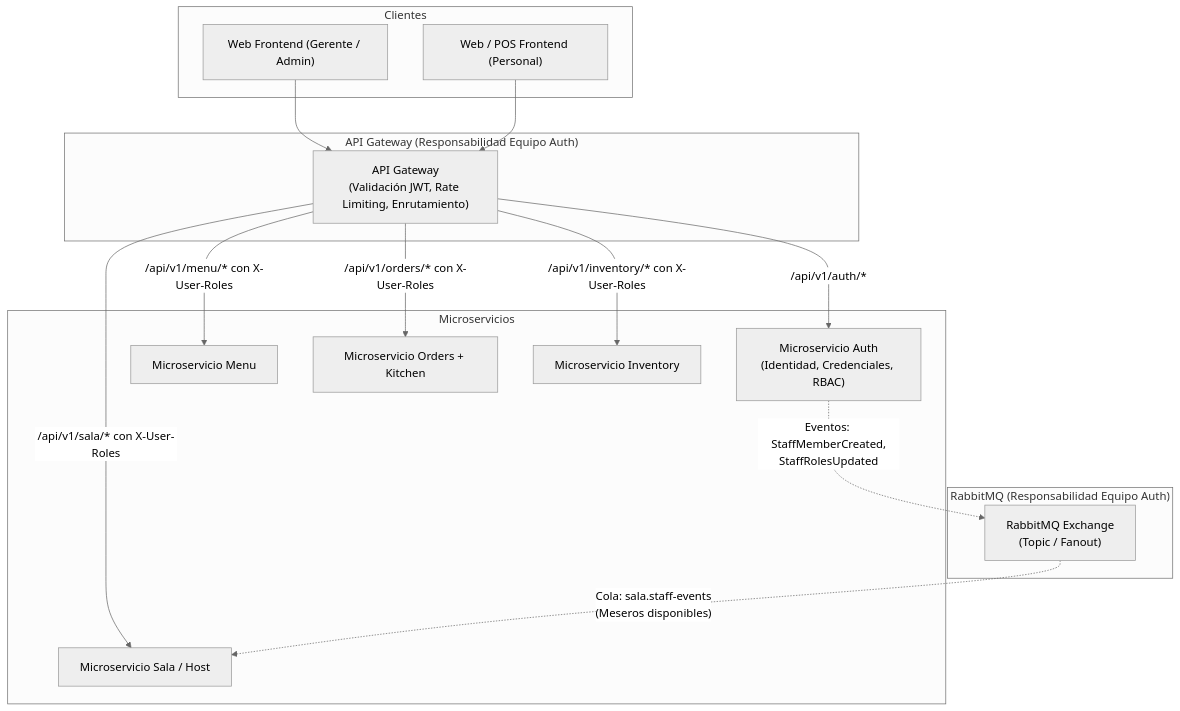
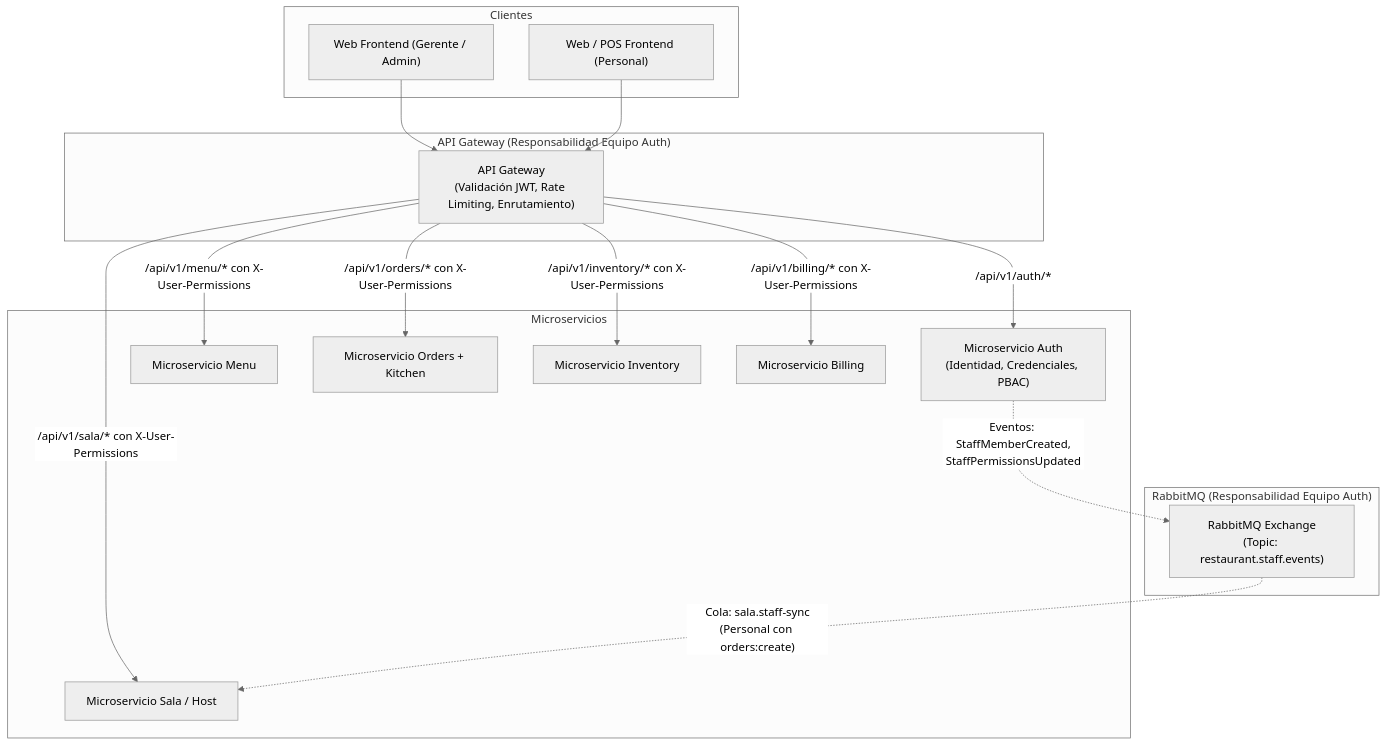
The diagram in implementation_plan.md (FMAT-Restaurant/Auth-Documentation), drawn with Mermaid (neutral theme) before and after one commit. The commit also changed other lines of this file and 9 other files, not shown here.

Commit message:
docs(ers): update ERS specifications with dynamic roles PBAC and team split

````diff
--- a/implementation_plan.md
+++ b/implementation_plan.md
@@ -11,35 +12,37 @@
 ```mermaid
 flowchart TD
     subgraph Clientes
         WebAdmin["Web Frontend (Gerente / Admin)"]
         WebStaff["Web / POS Frontend (Personal)"]
     end
 
     subgraph Perímetro["API Gateway (Responsabilidad Equipo Auth)"]
         Gateway["API Gateway<br/>(Validación JWT, Rate Limiting, Enrutamiento)"]
     end
 
     subgraph Microservicios
-        AuthMS["Microservicio Auth<br/>(Identidad, Credenciales, RBAC)"]
+        AuthMS["Microservicio Auth<br/>(Identidad, Credenciales, PBAC)"]
         MenuMS["Microservicio Menu"]
         OrdersMS["Microservicio Orders + Kitchen"]
         InventoryMS["Microservicio Inventory"]
         SalaMS["Microservicio Sala / Host"]
+        BillingMS["Microservicio Billing"]
     end
 
     subgraph Broker["RabbitMQ (Responsabilidad Equipo Auth)"]
-        EventBus["RabbitMQ Exchange<br/>(Topic / Fanout)"]
+        EventBus["RabbitMQ Exchange<br/>(Topic: restaurant.staff.events)"]
     end
 
     WebAdmin --> Gateway
     WebStaff --> Gateway
 
     Gateway -->|"/api/v1/auth/*"| AuthMS
-    Gateway -->|"/api/v1/menu/* con X-User-Roles"| MenuMS
-    Gateway -->|"/api/v1/orders/* con X-User-Roles"| OrdersMS
-    Gateway -->|"/api/v1/inventory/* con X-User-Roles"| InventoryMS
-    Gateway -->|"/api/v1/sala/* con X-User-Roles"| SalaMS
+    Gateway -->|"/api/v1/menu/* con X-User-Permissions"| MenuMS
+    Gateway -->|"/api/v1/orders/* con X-User-Permissions"| OrdersMS
+    Gateway -->|"/api/v1/inventory/* con X-User-Permissions"| InventoryMS
+    Gateway -->|"/api/v1/sala/* con X-User-Permissions"| SalaMS
+    Gateway -->|"/api/v1/billing/* con X-User-Permissions"| BillingMS
 
-    AuthMS -.->|"Eventos: StaffMemberCreated,<br/>StaffRolesUpdated"| EventBus
-    EventBus -.->|"Cola: sala.staff-events<br/>(Meseros disponibles)"| SalaMS
+    AuthMS -.->|"Eventos: StaffMemberCreated,<br/>StaffPermissionsUpdated"| EventBus
+    EventBus -.->|"Cola: sala.staff-sync<br/>(Personal con orders:create)"| SalaMS
 ```
````
